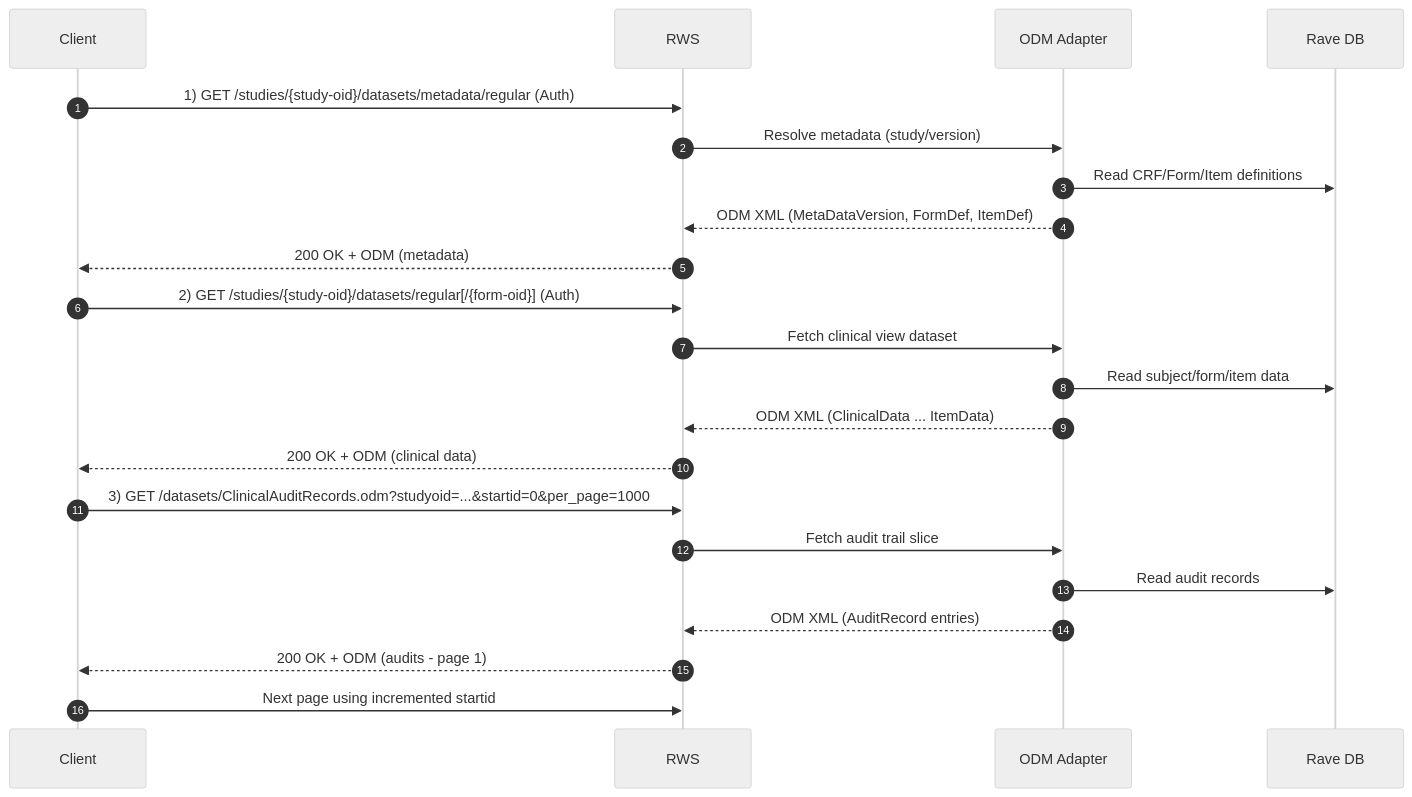
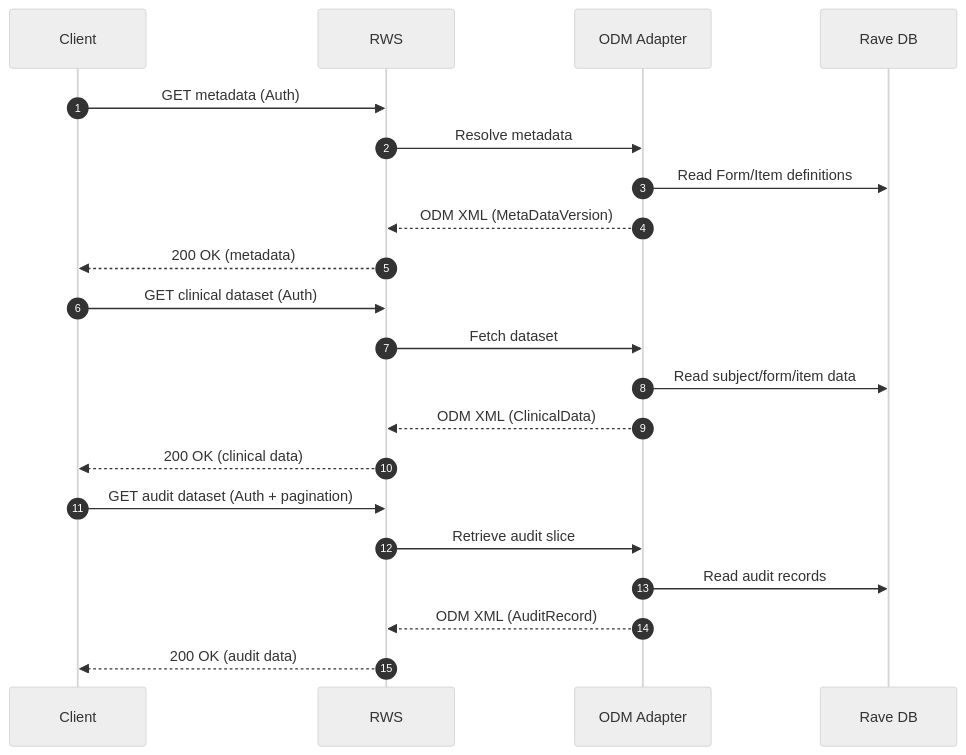
Before and after one commit to mecster09/rave-sim: the third of 6 diagrams in docs/rws-visual-companion.md, drawn with Mermaid (neutral theme). The commit also changed other lines of this file, not shown here.

````diff
--- a/docs/rws-visual-companion.md
+++ b/docs/rws-visual-companion.md
@@ -69,27 +69,26 @@
 ```mermaid
 sequenceDiagram
     autonumber
     participant Client
     participant RWS
     participant ODM as ODM Adapter
     participant DB as Rave DB
 
-    Client->>RWS: 1) GET /studies/{study-oid}/datasets/metadata/regular (Auth)
-    RWS->>ODM: Resolve metadata (study/version)
-    ODM->>DB: Read CRF/Form/Item definitions
-    ODM-->>RWS: ODM XML (MetaDataVersion, FormDef, ItemDef)
-    RWS-->>Client: 200 OK + ODM (metadata)
+    Client->>RWS: GET metadata (Auth)
+    RWS->>ODM: Resolve metadata
+    ODM->>DB: Read Form/Item definitions
+    ODM-->>RWS: ODM XML (MetaDataVersion)
+    RWS-->>Client: 200 OK (metadata)
 
-    Client->>RWS: 2) GET /studies/{study-oid}/datasets/regular[/{form-oid}] (Auth)
-    RWS->>ODM: Fetch clinical view dataset
+    Client->>RWS: GET clinical dataset (Auth)
+    RWS->>ODM: Fetch dataset
     ODM->>DB: Read subject/form/item data
-    ODM-->>RWS: ODM XML (ClinicalData ... ItemData)
-    RWS-->>Client: 200 OK + ODM (clinical data)
+    ODM-->>RWS: ODM XML (ClinicalData)
+    RWS-->>Client: 200 OK (clinical data)
 
-    Client->>RWS: 3) GET /datasets/ClinicalAuditRecords.odm?studyoid=...&startid=0&per_page=1000
-    RWS->>ODM: Fetch audit trail slice
+    Client->>RWS: GET audit dataset (Auth + pagination)
+    RWS->>ODM: Retrieve audit slice
     ODM->>DB: Read audit records
-    ODM-->>RWS: ODM XML (AuditRecord entries)
-    RWS-->>Client: 200 OK + ODM (audits - page 1)
-    Client->>RWS: Next page using incremented startid
+    ODM-->>RWS: ODM XML (AuditRecord)
+    RWS-->>Client: 200 OK (audit data)
 ```
````
